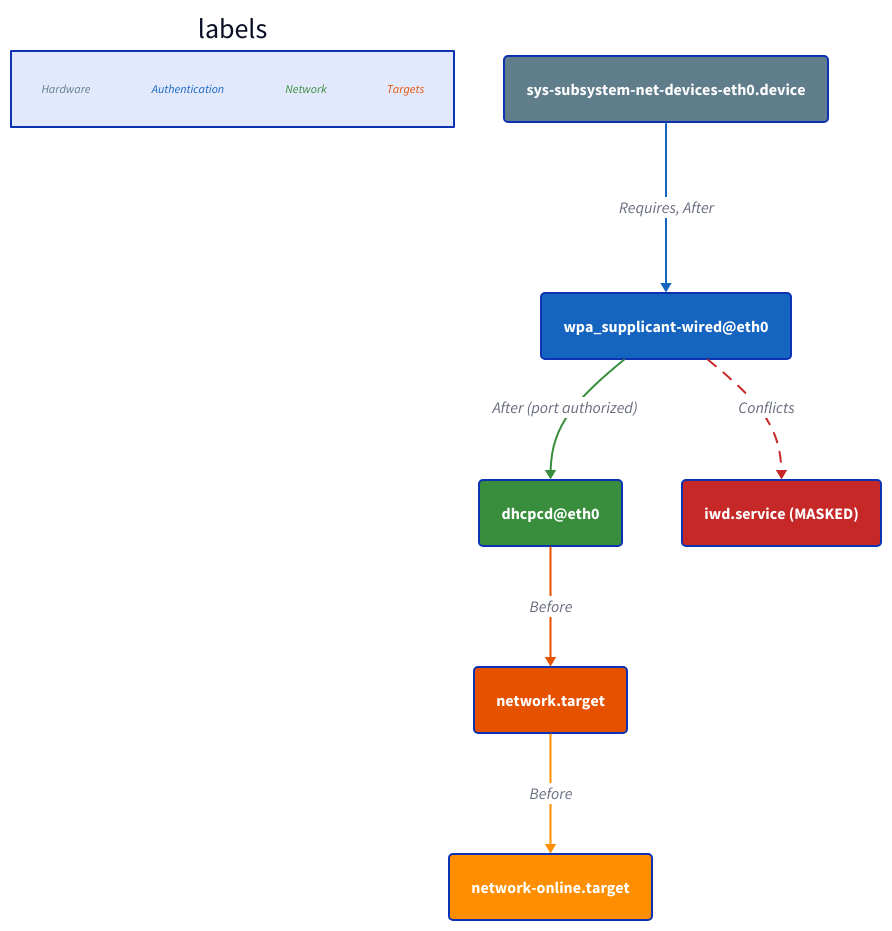
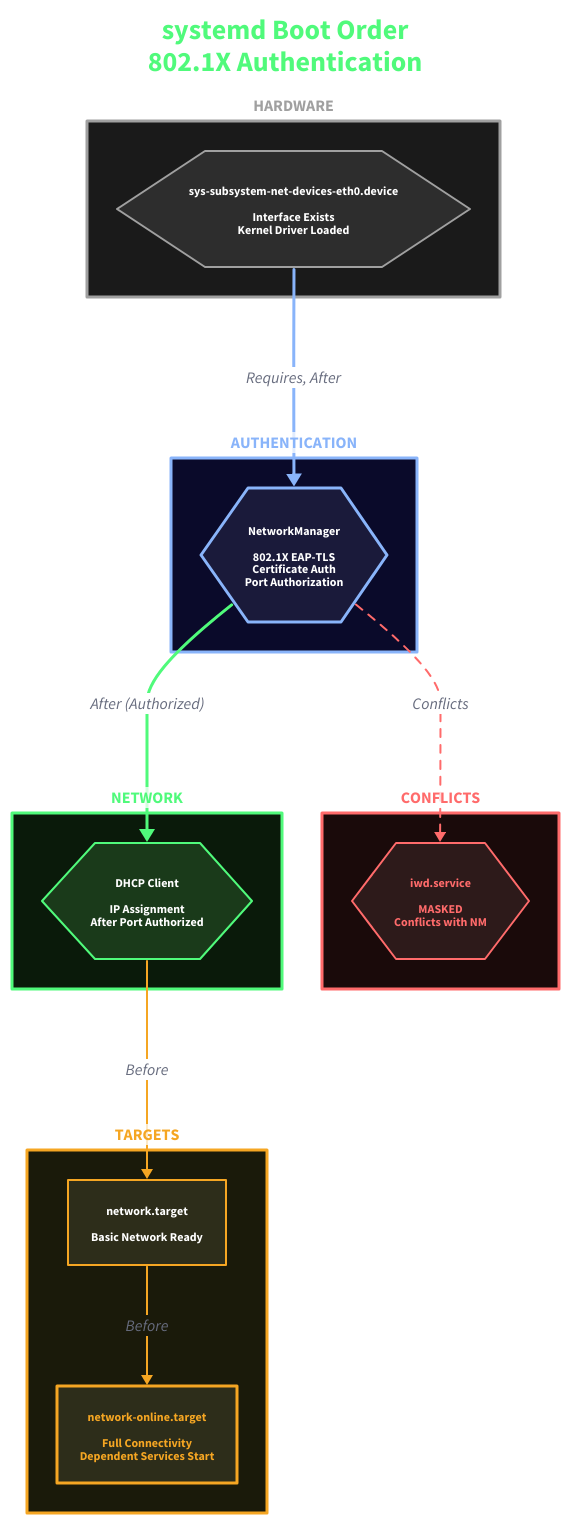
The diagram in docs/asciidoc/modules/ROOT/images/diagrams/systemd-boot-order.d2 (EvanusModestus/architectus-linux), drawn with D2 before and after one commit. The commit also changed 5 other files, not shown here.

First line of the commit message:
content(diagrams): apply dark theme style to EAP-TLS diagrams

```diff
--- a/docs/asciidoc/modules/ROOT/images/diagrams/systemd-boot-order.d2
+++ b/docs/asciidoc/modules/ROOT/images/diagrams/systemd-boot-order.d2
@@ -1,140 +1,204 @@
+# =============================================================================
 # systemd Service Dependencies for 802.1X
+# Architectus Linux Documentation
+# =============================================================================
 
 direction: down
 
-# Clean vertical flow
-device: sys-subsystem-net-devices-eth0.device {
-  shape: rectangle
+title: {
+  label: "systemd Boot Order\n802.1X Authentication"
+  near: top-center
+  shape: text
   style: {
-    fill: "#607d8b"
-    font-color: white
+    font-size: 28
     bold: true
-    border-radius: 4
+    font-color: "#50fa7b"
   }
 }
 
-wpa: wpa_supplicant-wired@eth0 {
-  shape: rectangle
+# =============================================================================
+# HARDWARE LAYER
+# =============================================================================
+
+hw: "HARDWARE" {
   style: {
-    fill: "#1565c0"
-    font-color: white
+    fill: "#1a1a1a"
+    stroke: "#a0a0a0"
+    stroke-width: 3
+    font-color: "#a0a0a0"
+    font-size: 16
     bold: true
-    border-radius: 4
+  }
+
+  device: {
+    label: "sys-subsystem-net-devices-eth0.device\n\nInterface Exists\nKernel Driver Loaded"
+    shape: hexagon
+    style: {
+      fill: "#2d2d2d"
+      stroke: "#a0a0a0"
+      stroke-width: 2
+      font-color: "#ffffff"
+      font-size: 12
+    }
   }
 }
 
-dhcp: dhcpcd@eth0 {
-  shape: rectangle
+# =============================================================================
+# AUTHENTICATION LAYER
+# =============================================================================
+
+auth: "AUTHENTICATION" {
   style: {
-    fill: "#388e3c"
-    font-color: white
+    fill: "#0a0a2a"
+    stroke: "#89b4fa"
+    stroke-width: 3
+    font-color: "#89b4fa"
+    font-size: 16
     bold: true
-    border-radius: 4
+  }
+
+  nm: {
+    label: "NetworkManager\n\n802.1X EAP-TLS\nCertificate Auth\nPort Authorization"
+    shape: hexagon
+    style: {
+      fill: "#1a1a3a"
+      stroke: "#89b4fa"
+      stroke-width: 3
+      font-color: "#ffffff"
+      font-size: 12
+    }
   }
 }
 
-network_target: network.target {
-  shape: rectangle
+# =============================================================================
+# NETWORK LAYER
+# =============================================================================
+
+net: "NETWORK" {
   style: {
-    fill: "#e65100"
-    font-color: white
+    fill: "#0a1a0a"
+    stroke: "#50fa7b"
+    stroke-width: 3
+    font-color: "#50fa7b"
+    font-size: 16
     bold: true
-    border-radius: 4
+  }
+
+  dhcp: {
+    label: "DHCP Client\n\nIP Assignment\nAfter Port Authorized"
+    shape: hexagon
+    style: {
+      fill: "#1a3a1a"
+      stroke: "#50fa7b"
+      stroke-width: 2
+      font-color: "#ffffff"
+      font-size: 12
+    }
   }
 }
 
-online_target: network-online.target {
-  shape: rectangle
+# =============================================================================
+# TARGETS
+# =============================================================================
+
+targets: "TARGETS" {
   style: {
-    fill: "#ff8f00"
-    font-color: white
+    fill: "#1a1a0a"
+    stroke: "#f5a623"
+    stroke-width: 3
+    font-color: "#f5a623"
+    font-size: 16
     bold: true
-    border-radius: 4
+  }
+
+  network_target: {
+    label: "network.target\n\nBasic Network Ready"
+    shape: rectangle
+    style: {
+      fill: "#2d2d1a"
+      stroke: "#f5a623"
+      stroke-width: 2
+      font-color: "#ffffff"
+      font-size: 12
+    }
+  }
+
+  online_target: {
+    label: "network-online.target\n\nFull Connectivity\nDependent Services Start"
+    shape: rectangle
+    style: {
+      fill: "#2d2d1a"
+      stroke: "#f5a623"
+      stroke-width: 3
+      font-color: "#f5a623"
+      font-size: 12
+    }
+  }
+
+  network_target -> online_target: "Before" {
+    style: {
+      stroke: "#f5a623"
+      stroke-width: 2
+    }
   }
 }
 
-# Dependency chain
-device -> wpa: "Requires, After" {
+# =============================================================================
+# CONFLICTS
+# =============================================================================
+
+conflicts: "CONFLICTS" {
   style: {
-    stroke: "#1565c0"
+    fill: "#1a0a0a"
+    stroke: "#ff6b6b"
+    stroke-width: 3
+    font-color: "#ff6b6b"
+    font-size: 16
+    bold: true
+  }
+
+  iwd: {
+    label: "iwd.service\n\nMASKED\nConflicts with NM"
+    shape: hexagon
+    style: {
+      fill: "#2d1a1a"
+      stroke: "#ff6b6b"
+      stroke-width: 2
+      font-color: "#ff6b6b"
+      font-size: 12
+    }
+  }
+}
+
+# =============================================================================
+# DEPENDENCY CHAIN
+# =============================================================================
+
+hw.device -> auth.nm: "Requires, After" {
+  style: {
+    stroke: "#89b4fa"
+    stroke-width: 3
+  }
+}
+
+auth.nm -> net.dhcp: "After (Authorized)" {
+  style: {
+    stroke: "#50fa7b"
+    stroke-width: 3
+  }
+}
+
+net.dhcp -> targets.network_target: "Before" {
+  style: {
+    stroke: "#f5a623"
     stroke-width: 2
   }
 }
 
-wpa -> dhcp: "After (port authorized)" {
+auth.nm -> conflicts.iwd: "Conflicts" {
   style: {
-    stroke: "#388e3c"
+    stroke: "#ff6b6b"
     stroke-width: 2
+    stroke-dash: 4
   }
 }
-
-dhcp -> network_target: "Before" {
-  style: {
-    stroke: "#e65100"
-    stroke-width: 2
-  }
-}
-
-network_target -> online_target: "Before" {
-  style: {
-    stroke: "#ff8f00"
-    stroke-width: 2
-  }
-}
-
-# Conflict - positioned to the side
-iwd: iwd.service (MASKED) {
-  shape: rectangle
-  style: {
-    fill: "#c62828"
-    font-color: white
-    bold: true
-    border-radius: 4
-  }
-}
-
-wpa -> iwd: "Conflicts" {
-  style: {
-    stroke: "#c62828"
-    stroke-dash: 5
-    stroke-width: 2
-  }
-}
-
-# Layer labels (legend)
-labels: {
-  direction: down
-
-  l1: Hardware {
-    shape: text
-    style: {
-      font-size: 12
-      italic: true
-      font-color: "#607d8b"
-    }
-  }
-  l2: Authentication {
-    shape: text
-    style: {
-      font-size: 12
-      italic: true
-      font-color: "#1565c0"
-    }
-  }
-  l3: Network {
-    shape: text
-    style: {
-      font-size: 12
-      italic: true
-      font-color: "#388e3c"
-    }
-  }
-  l4: Targets {
-    shape: text
-    style: {
-      font-size: 12
-      italic: true
-      font-color: "#e65100"
-    }
-  }
-}
```
